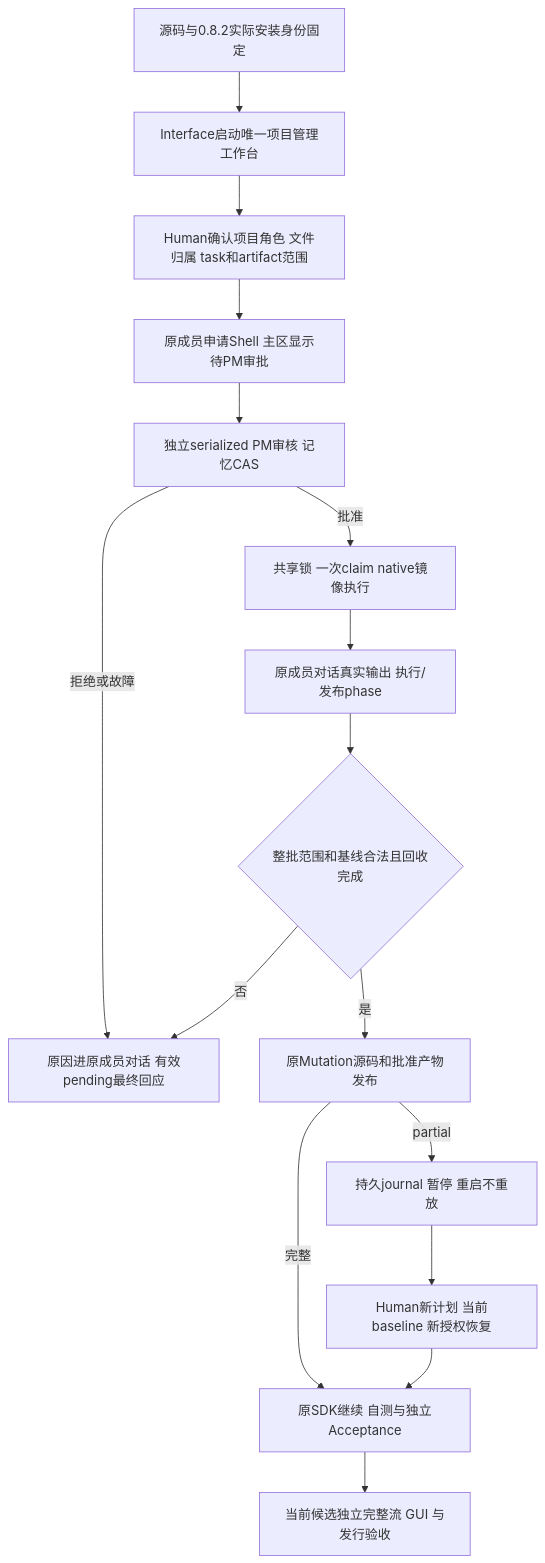
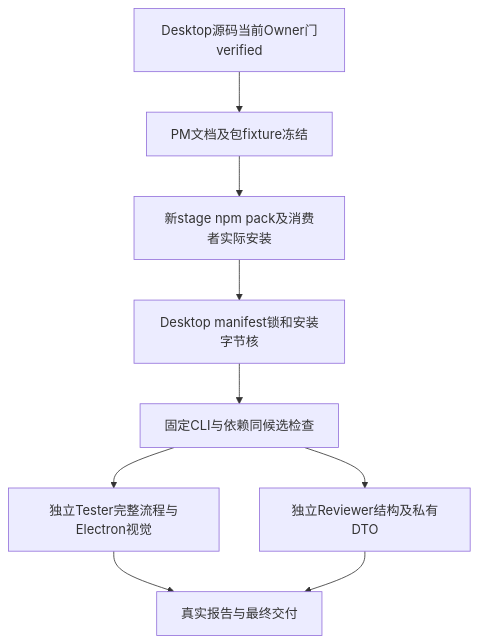
Before and after one commit to wangzhongren/ans-legion: the diagram in docs/roles/ProjectManager/docs/feature/desktop-distribution.md, drawn with Mermaid. The commit also changed other lines of this file and 110 other files, not shown here.

Commit message:
feat: deliver Er Ge desktop command center and sidebar entry

````diff
--- a/docs/roles/ProjectManager/docs/feature/desktop-distribution.md
+++ b/docs/roles/ProjectManager/docs/feature/desktop-distribution.md
@@ -14,18 +98,11 @@
 ```mermaid
 flowchart TD
- A[源码与0.8.2实际安装身份固定] --> B[Interface启动唯一项目管理工作台]
- B --> C[Human确认项目角色 文件归属 task和artifact范围]
- C --> D[原成员申请Shell 主区显示待PM审批]
- D --> E[独立serialized PM审核 记忆CAS]
- E -->|拒绝或故障| F[原因进原成员对话 有效pending最终回应]
- E -->|批准| G[共享锁 一次claim native镜像执行]
- G --> H[原成员对话真实输出 执行/发布phase]
- H --> I{整批范围和基线合法且回收完成}
- I -->|否| F
- I -->|是| J[原Mutation源码和批准产物发布]
- J -->|完整| K[原SDK继续 自测与独立Acceptance]
- J -->|partial| L[持久journal 暂停 重启不重放]
- L --> M[Human新计划 当前baseline 新授权恢复]
- M --> K
- K --> N[当前候选独立完整流 GUI 与发行验收]
+ A[Desktop源码当前Owner门verified] --> B[PM文档及包fixture冻结]
+ B --> C[新stage npm pack及消费者实际安装]
+ C --> D[Desktop manifest锁和安装字节核]
+ D --> E[固定CLI与依赖同候选检查]
+ E --> F[独立Tester完整流程与Electron视觉]
+ E --> G[独立Reviewer结构及私有DTO]
+ F --> H[真实报告与最终交付]
+ G --> H
 ```
````
